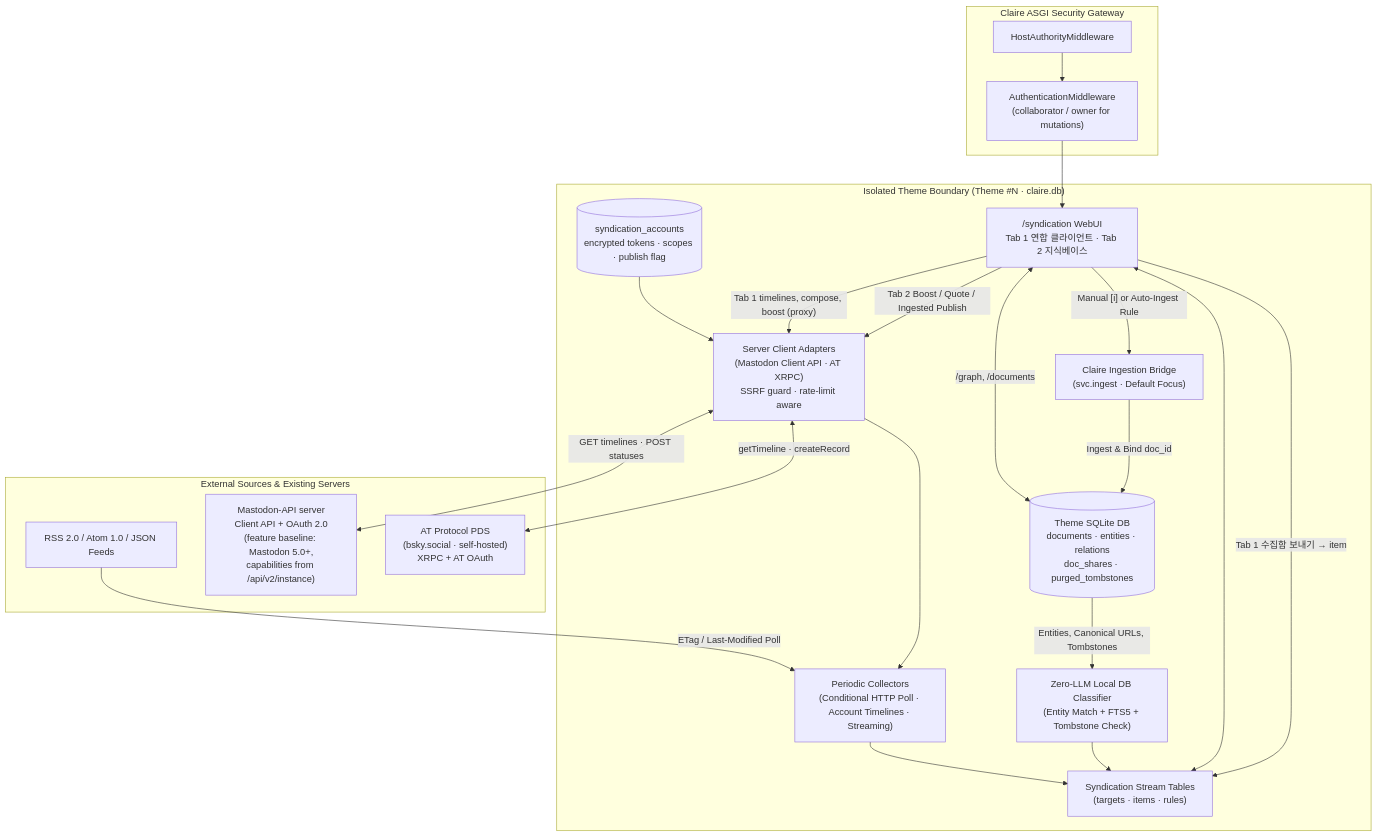
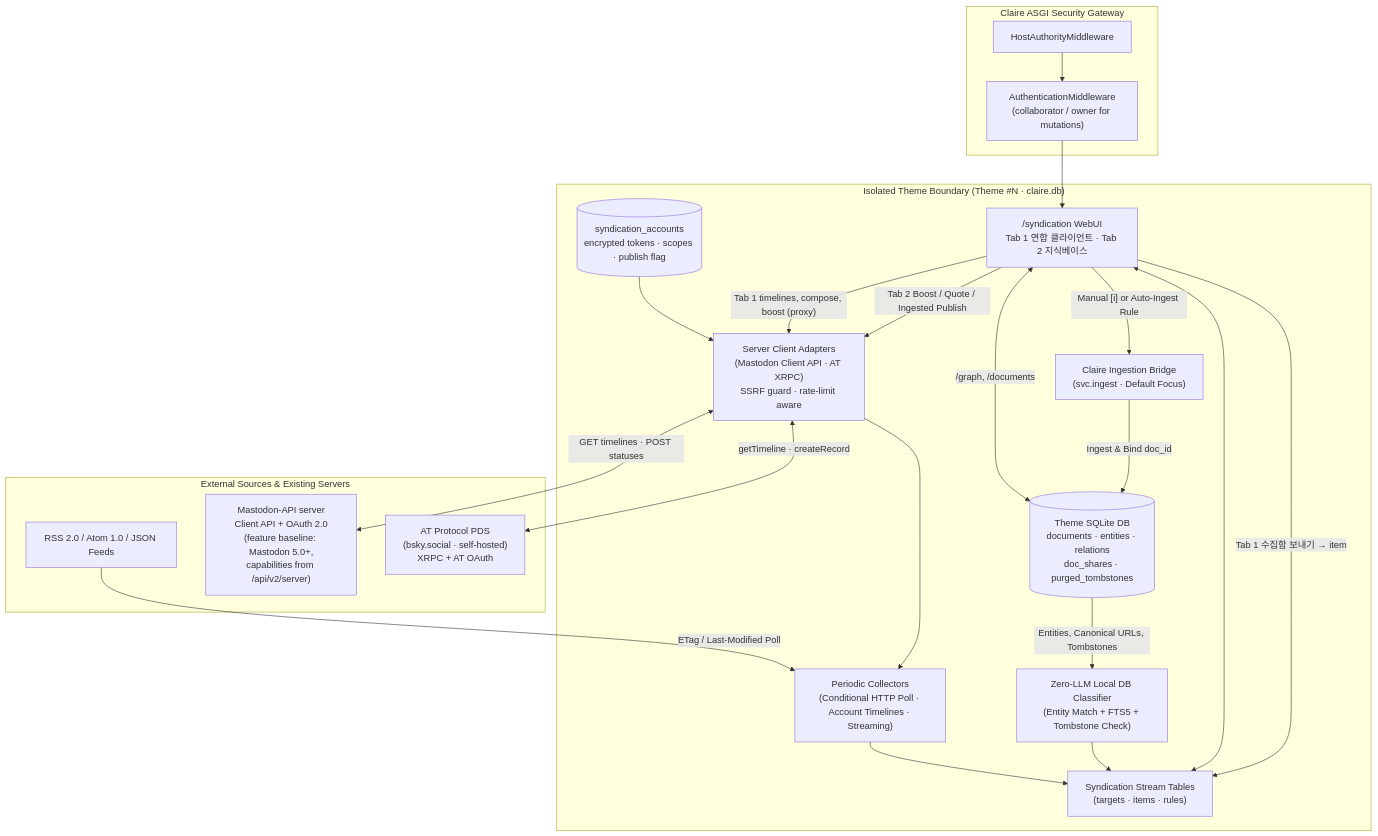
One commit to fofwisdom/claire-bible changed the diagram in docs/design/SYNDICATION_ENDPOINT_DESIGN.md. Above: the diagram before and after it, drawn with Mermaid. The commit also changed other lines of this file and 174 other files, not shown here.

First line of the commit message:
refactor(terms): call a Claire installation a "server", not an "instance"

````diff
--- a/docs/design/SYNDICATION_ENDPOINT_DESIGN.md
+++ b/docs/design/SYNDICATION_ENDPOINT_DESIGN.md
@@ -75,43 +75,43 @@
 ```mermaid
 flowchart TD
     subgraph External ["External Sources & Existing Servers"]
         RSS["RSS 2.0 / Atom 1.0 / JSON Feeds"]
-        APS["Mastodon-API server<br/>Client API + OAuth 2.0<br/>(feature baseline: Mastodon 5.0+,<br/>capabilities from /api/v2/instance)"]
+        APS["Mastodon-API server<br/>Client API + OAuth 2.0<br/>(feature baseline: Mastodon 5.0+,<br/>capabilities from /api/v2/server)"]
         PDS["AT Protocol PDS<br/>(bsky.social · self-hosted)<br/>XRPC + AT OAuth"]
     end
 
     subgraph Security_Gate ["Claire ASGI Security Gateway"]
         HostAuth["HostAuthorityMiddleware"]
         AuthGate["AuthenticationMiddleware<br/>(collaborator / owner for mutations)"]
     end
 
     subgraph Theme_Workspace ["Isolated Theme Boundary (Theme #N · claire.db)"]
         Accounts[("syndication_accounts<br/>encrypted tokens · scopes · publish flag")]
         Adapters["Server Client Adapters<br/>(Mastodon Client API · AT XRPC)<br/>SSRF guard · rate-limit aware"]
         Collectors["Periodic Collectors<br/>(Conditional HTTP Poll · Account Timelines · Streaming)"]
         StreamStore["Syndication Stream Tables<br/>(targets · items · rules)"]
         Classifier["Zero-LLM Local DB Classifier<br/>(Entity Match + FTS5 + Tombstone Check)"]
         IngestBridge["Claire Ingestion Bridge<br/>(svc.ingest · Default Focus)"]
         CoreDB[("Theme SQLite DB<br/>documents · entities · relations<br/>doc_shares · purged_tombstones")]
         UI["/syndication WebUI<br/>Tab 1 연합 클라이언트 · Tab 2 지식베이스"]
     end
 
     RSS -->|"ETag / Last-Modified Poll"| Collectors
     Accounts --> Adapters
     Adapters <-->|"GET timelines · POST statuses"| APS
     Adapters <-->|"getTimeline · createRecord"| PDS
     Adapters --> Collectors
     Collectors --> StreamStore
 
     CoreDB -->|"Entities, Canonical URLs, Tombstones"| Classifier
     Classifier --> StreamStore
 
     HostAuth --> AuthGate --> UI
     UI <--> StreamStore
     UI <-->|"/graph, /documents"| CoreDB
     UI -->|"Tab 1 timelines, compose, boost (proxy)"| Adapters
     UI -->|"Tab 1 수집함 보내기 → item"| StreamStore
     UI -->|"Manual [i] or Auto-Ingest Rule"| IngestBridge
     IngestBridge -->|"Ingest & Bind doc_id"| CoreDB
     UI -->|"Tab 2 Boost / Quote / Ingested Publish"| Adapters
 ```
````
